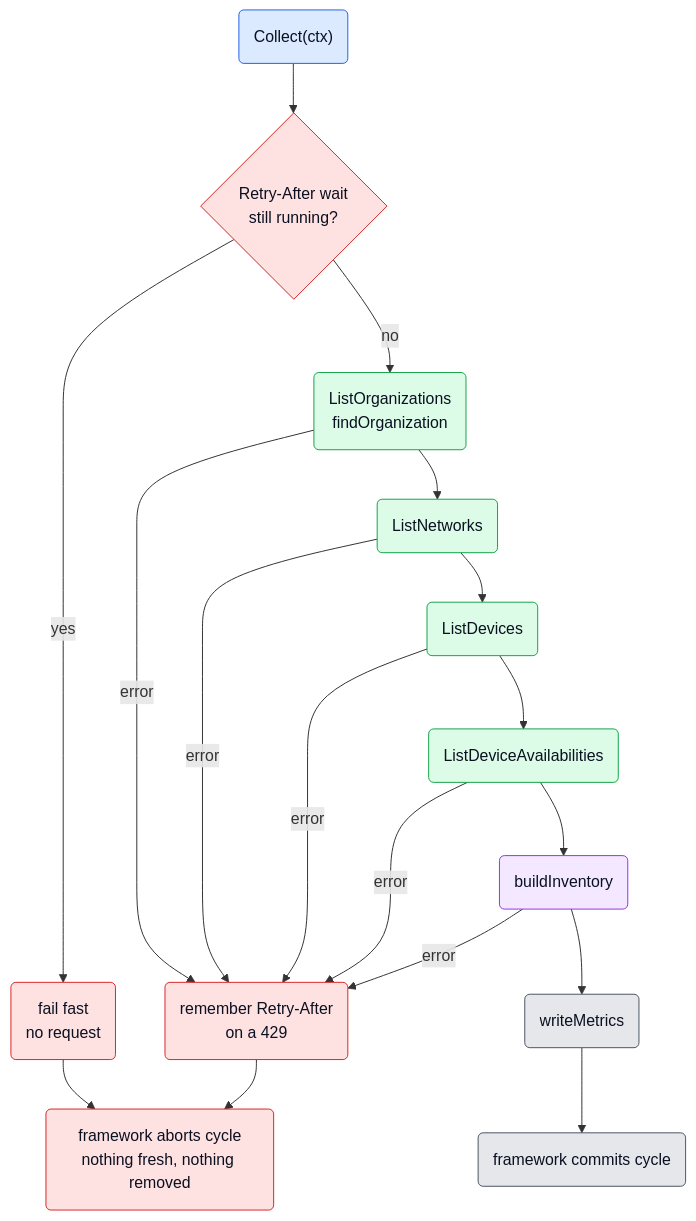
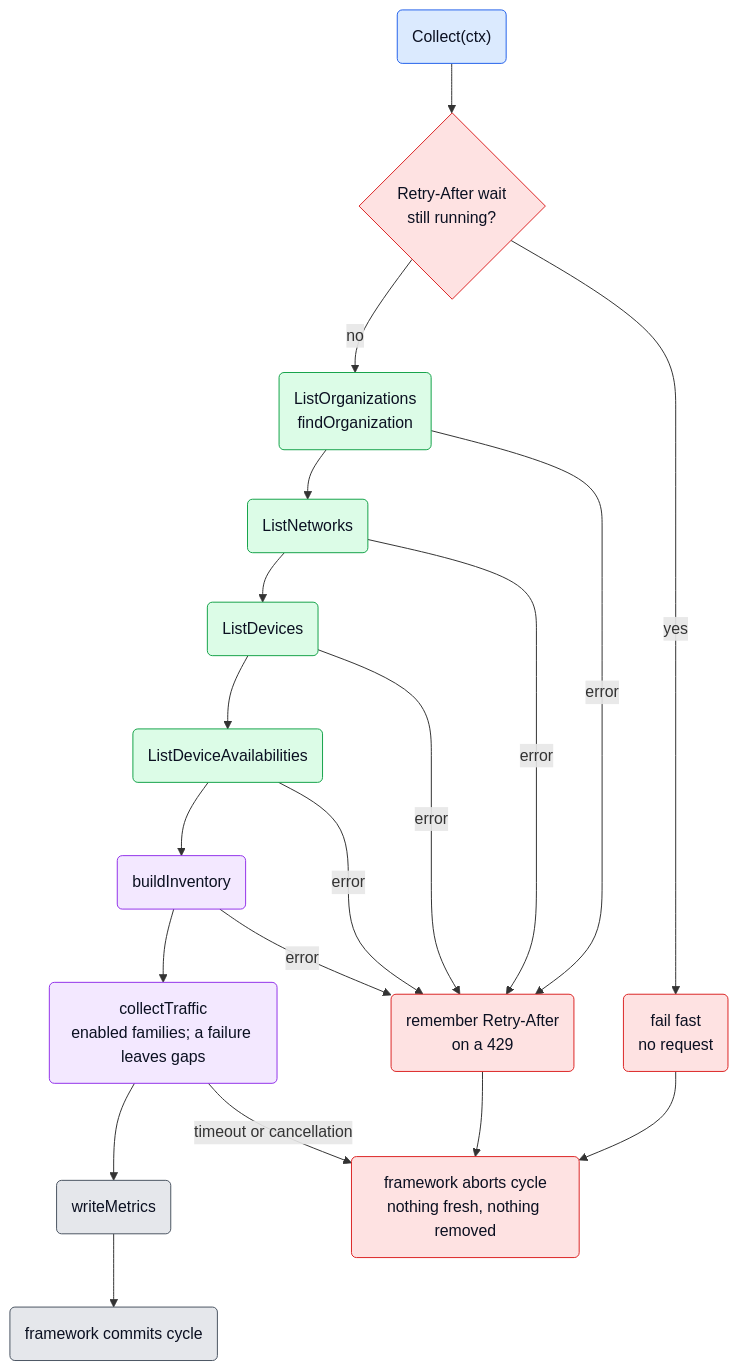
One commit to netdata/netdata changed the third of 4 diagrams in src/go/plugin/go.d/collector/meraki/ARCHITECTURE.md. Above: the diagram before and after it, drawn with Mermaid. The commit also changed other lines of this file and 24 other files, not shown here.

````diff
--- a/src/go/plugin/go.d/collector/meraki/ARCHITECTURE.md
+++ b/src/go/plugin/go.d/collector/meraki/ARCHITECTURE.md
@@ -131,31 +162,33 @@
 ```mermaid
 flowchart TD
     Start("Collect(ctx)")
     Pending{"Retry-After wait<br/>still running?"}
     FailFast("fail fast<br/>no request")
     Orgs("ListOrganizations<br/>findOrganization")
     Nets("ListNetworks")
     Devs("ListDevices")
     Avail("ListDeviceAvailabilities")
     Join("buildInventory")
+    Traffic("collectTraffic<br/>enabled families; a failure leaves gaps")
     Write("writeMetrics")
     Commit("framework commits cycle")
     Abort("framework aborts cycle<br/>nothing fresh, nothing removed")
     Remember("remember Retry-After<br/>on a 429")
 
     Start --> Pending
     Pending -->|"yes"| FailFast --> Abort
-    Pending -->|"no"| Orgs --> Nets --> Devs --> Avail --> Join --> Write --> Commit
+    Pending -->|"no"| Orgs --> Nets --> Devs --> Avail --> Join --> Traffic --> Write --> Commit
     Orgs & Nets & Devs & Avail & Join -->|"error"| Remember --> Abort
+    Traffic -->|"timeout or cancellation"| Abort
 
     classDef ext fill:#dbeafe,stroke:#2563eb,color:#0b1021;
     classDef recv fill:#dcfce7,stroke:#16a34a,color:#0b1021;
     classDef mean fill:#f3e8ff,stroke:#9333ea,color:#0b1021;
     classDef out fill:#e5e7eb,stroke:#4b5563,color:#0b1021;
     classDef err fill:#fee2e2,stroke:#dc2626,color:#0b1021;
     class Start ext;
     class Orgs,Nets,Devs,Avail recv;
-    class Join mean;
+    class Join,Traffic mean;
     class Write,Commit out;
     class Pending,FailFast,Abort,Remember err;
 ```
````
